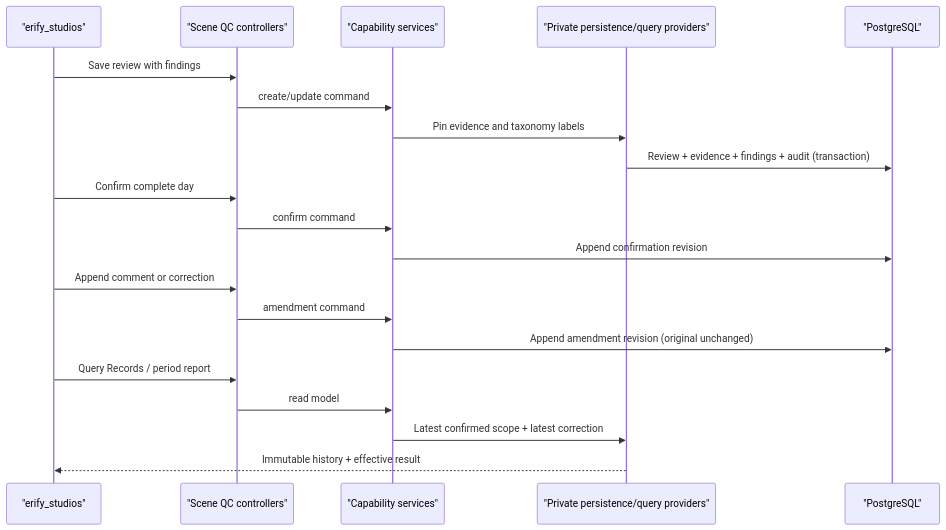
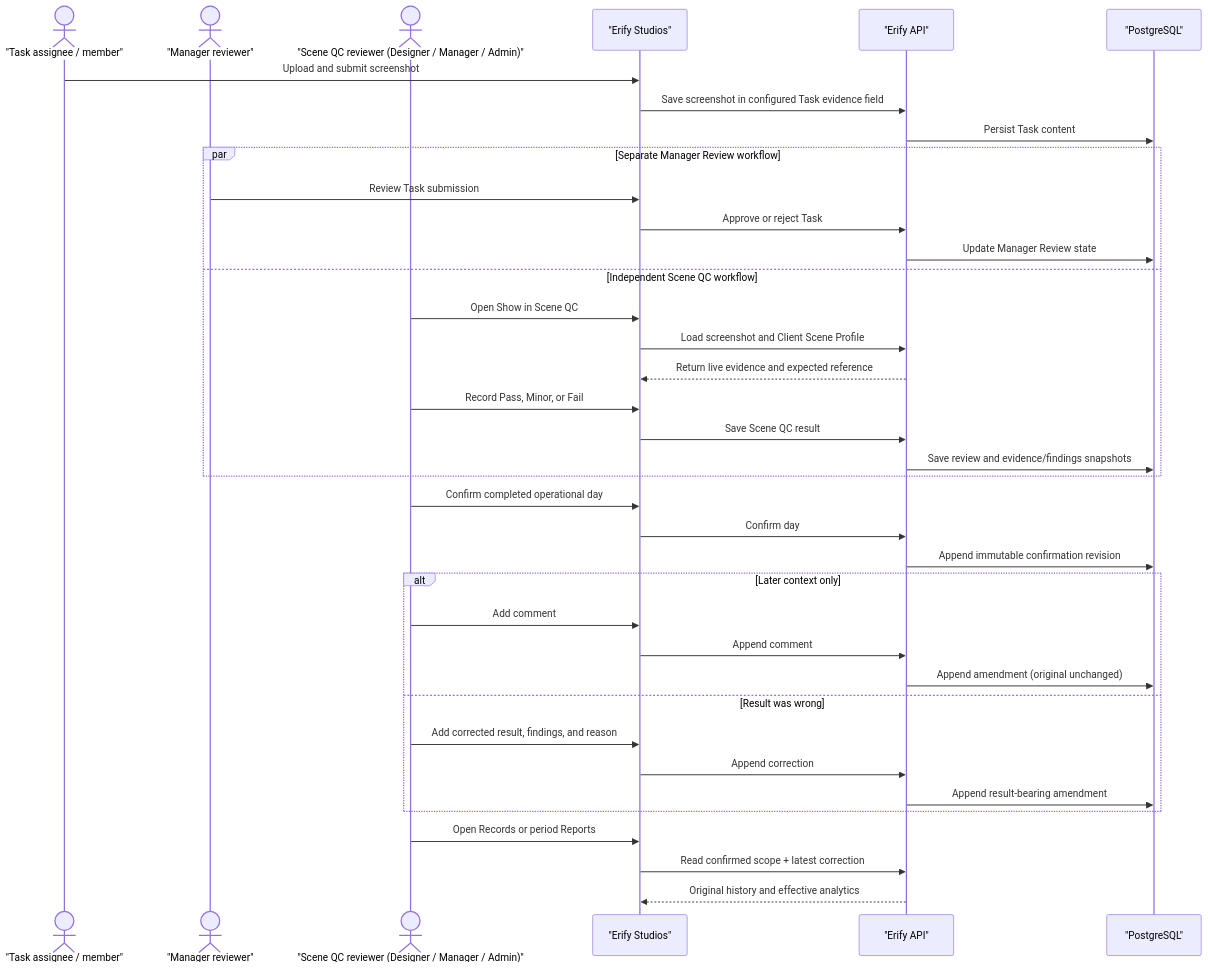
One commit to allenlin90/eridu-services changed the diagram in apps/erify_api/docs/SCENE_QC.md. Above: the diagram before and after it, drawn with Mermaid. The commit also changed other lines of this file and 2 other files, not shown here.

Commit message:
docs(scene-qc): clarify actor workflow

````diff
--- a/apps/erify_api/docs/SCENE_QC.md
+++ b/apps/erify_api/docs/SCENE_QC.md
@@ -91,23 +93,40 @@
 ```mermaid
 sequenceDiagram
-  participant UI as "erify_studios"
-  participant HTTP as "Scene QC controllers"
-  participant UseCase as "Capability services"
-  participant Store as "Private persistence/query providers"
+  actor Member as "Task assignee / member"
+  actor Manager as "Manager reviewer"
+  actor QC as "Scene QC reviewer (Designer / Manager / Admin)"
+  participant UI as "Erify Studios"
+  participant API as "Erify API"
   participant DB as "PostgreSQL"
 
-  UI->>HTTP: Save review with findings
-  HTTP->>UseCase: create/update command
-  UseCase->>Store: Pin evidence and taxonomy labels
-  Store->>DB: Review + evidence + findings + audit (transaction)
-  UI->>HTTP: Confirm complete day
-  HTTP->>UseCase: confirm command
-  UseCase->>DB: Append confirmation revision
-  UI->>HTTP: Append comment or correction
-  HTTP->>UseCase: amendment command
-  UseCase->>DB: Append amendment revision (original unchanged)
-  UI->>HTTP: Query Records / period report
-  HTTP->>UseCase: read model
-  UseCase->>Store: Latest confirmed scope + latest correction
-  Store-->>UI: Immutable history + effective result
+  Member->>UI: Upload and submit screenshot
+  UI->>API: Save screenshot in configured Task evidence field
+  API->>DB: Persist Task content
+  par Separate Manager Review workflow
+    Manager->>UI: Review Task submission
+    UI->>API: Approve or reject Task
+    API->>DB: Update Manager Review state
+  and Independent Scene QC workflow
+    QC->>UI: Open Show in Scene QC
+    UI->>API: Load screenshot and Client Scene Profile
+    API-->>UI: Return live evidence and expected reference
+    QC->>UI: Record Pass, Minor, or Fail
+    UI->>API: Save Scene QC result
+    API->>DB: Save review and evidence/findings snapshots
+  end
+  QC->>UI: Confirm completed operational day
+  UI->>API: Confirm day
+  API->>DB: Append immutable confirmation revision
+  alt Later context only
+    QC->>UI: Add comment
+    UI->>API: Append comment
+    API->>DB: Append amendment (original unchanged)
+  else Result was wrong
+    QC->>UI: Add corrected result, findings, and reason
+    UI->>API: Append correction
+    API->>DB: Append result-bearing amendment
+  end
+  QC->>UI: Open Records or period Reports
+  UI->>API: Read confirmed scope + latest correction
+  API-->>UI: Original history and effective analytics
 ```
````
